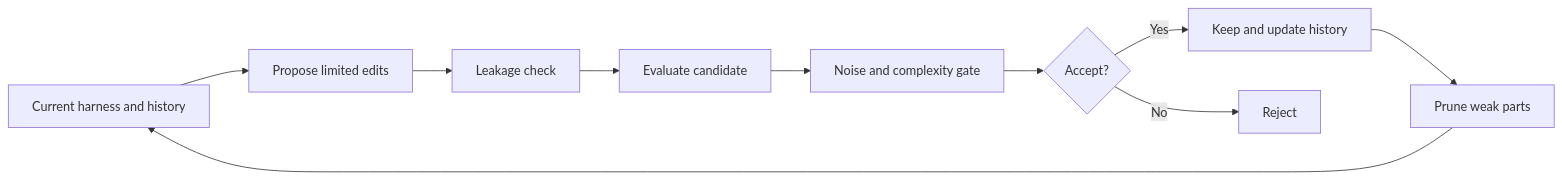
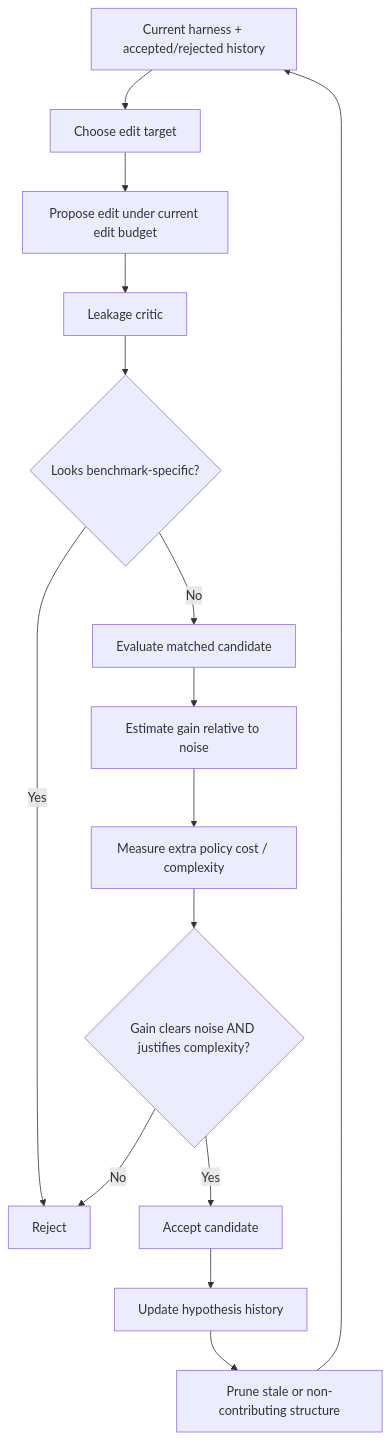
Before and after one commit to ShadowKingYT444/harness-papers-daily: the diagram in _analyses/2609.24972.md, drawn with Mermaid. The commit also changed other lines of this file and 37 other files, not shown here.

````diff
--- a/_analyses/2609.24972.md
+++ b/_analyses/2609.24972.md
@@ -21,12 +47,17 @@
-```mermaid
-flowchart LR
-    A[Current harness and history] --> B[Propose limited edits]
-    B --> C[Leakage check]
-    C --> D[Evaluate candidate]
-    D --> E[Noise and complexity gate]
-    E --> F{Accept?}
-    F -- Yes --> G[Keep and update history]
-    F -- No --> H[Reject]
-    G --> I[Prune weak parts]
-    I --> A
-```
+~~~mermaid
+flowchart TD
+    A["Current harness + accepted/rejected history"] --> B["Choose edit target"]
+    B --> C["Propose edit under current edit budget"]
+    C --> D["Leakage critic"]
+    D --> E{"Looks benchmark-specific?"}
+    E -- "Yes" --> F["Reject"]
+    E -- "No" --> G["Evaluate matched candidate"]
+    G --> H["Estimate gain relative to noise"]
+    H --> I["Measure extra policy cost / complexity"]
+    I --> J{"Gain clears noise AND justifies complexity?"}
+    J -- "No" --> F
+    J -- "Yes" --> K["Accept candidate"]
+    K --> L["Update hypothesis history"]
+    L --> M["Prune stale or non-contributing structure"]
+    M --> A
+~~~
````
